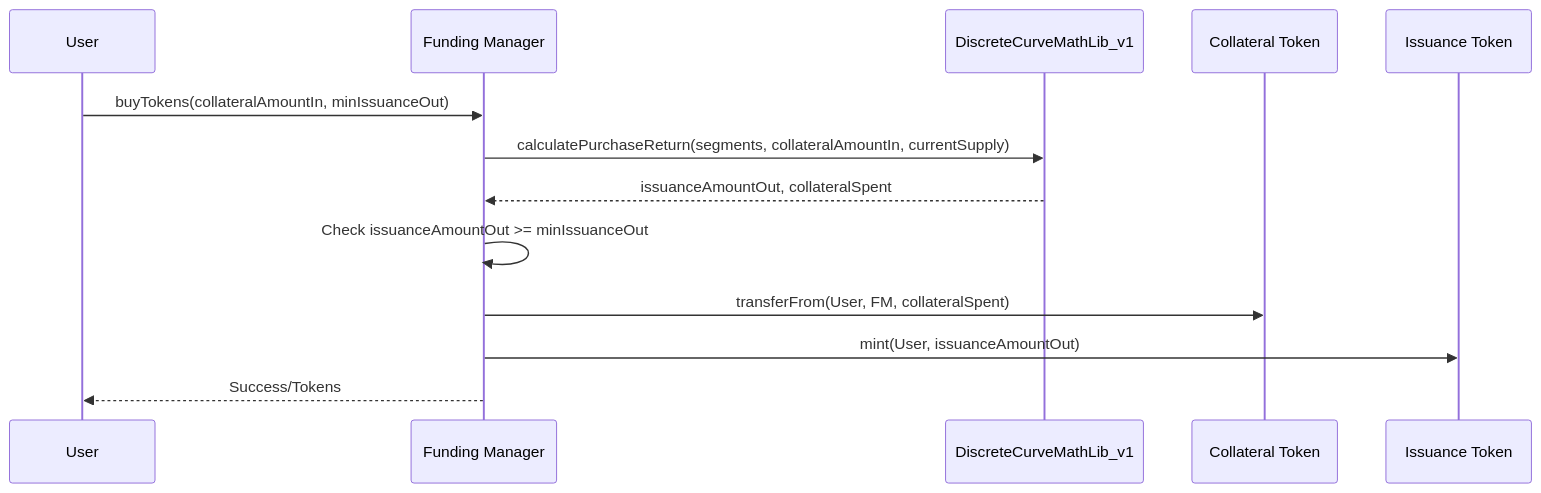
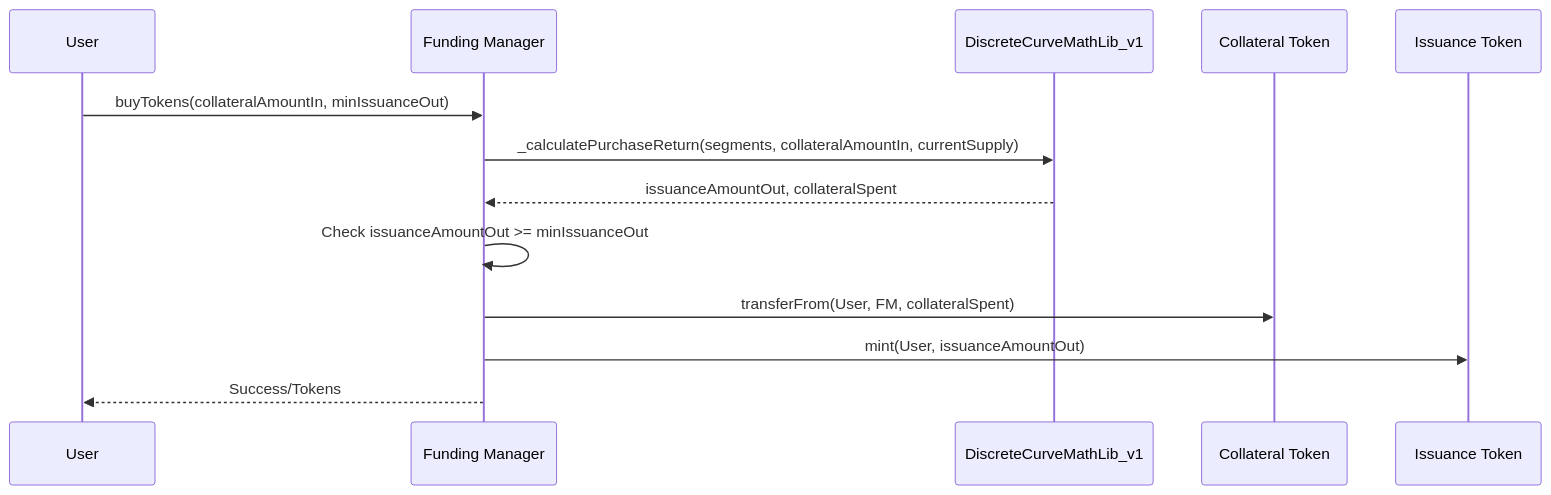
One commit to InverterNetwork/contracts changed the second of 2 diagrams in src/modules/fundingManager/bondingCurve/formulas/DiscreteCurveMathLib_v1.md. Above: the diagram before and after it, drawn with Mermaid. The commit also changed other lines of this file and 8 other files, not shown here.

Commit message:
chore: fuzz property test for calc purchase return

````diff
--- a/src/modules/fundingManager/bondingCurve/formulas/DiscreteCurveMathLib_v1.md
+++ b/src/modules/fundingManager/bondingCurve/formulas/DiscreteCurveMathLib_v1.md
@@ -246,16 +246,16 @@
 ```mermaid
 sequenceDiagram
     participant User
     participant FM as Funding Manager
     participant Lib as DiscreteCurveMathLib_v1
     participant CT as Collateral Token
     participant IT as Issuance Token
 
     User->>FM: buyTokens(collateralAmountIn, minIssuanceOut)
-    FM->>Lib: calculatePurchaseReturn(segments, collateralAmountIn, currentSupply)
+    FM->>Lib: _calculatePurchaseReturn(segments, collateralAmountIn, currentSupply)
     Lib-->>FM: issuanceAmountOut, collateralSpent
     FM->>FM: Check issuanceAmountOut >= minIssuanceOut
     FM->>CT: transferFrom(User, FM, collateralSpent)
     FM->>IT: mint(User, issuanceAmountOut)
     FM-->>User: Success/Tokens
 ```
````
